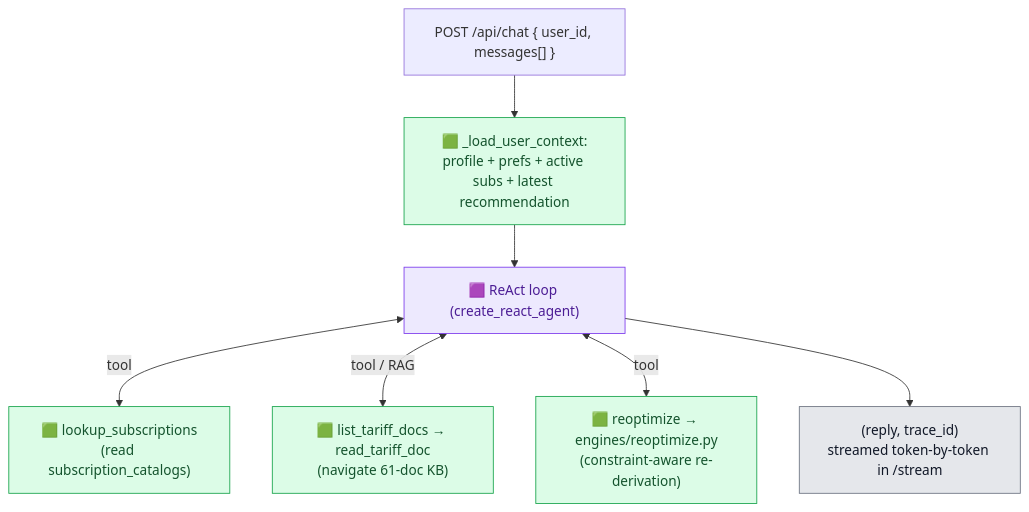
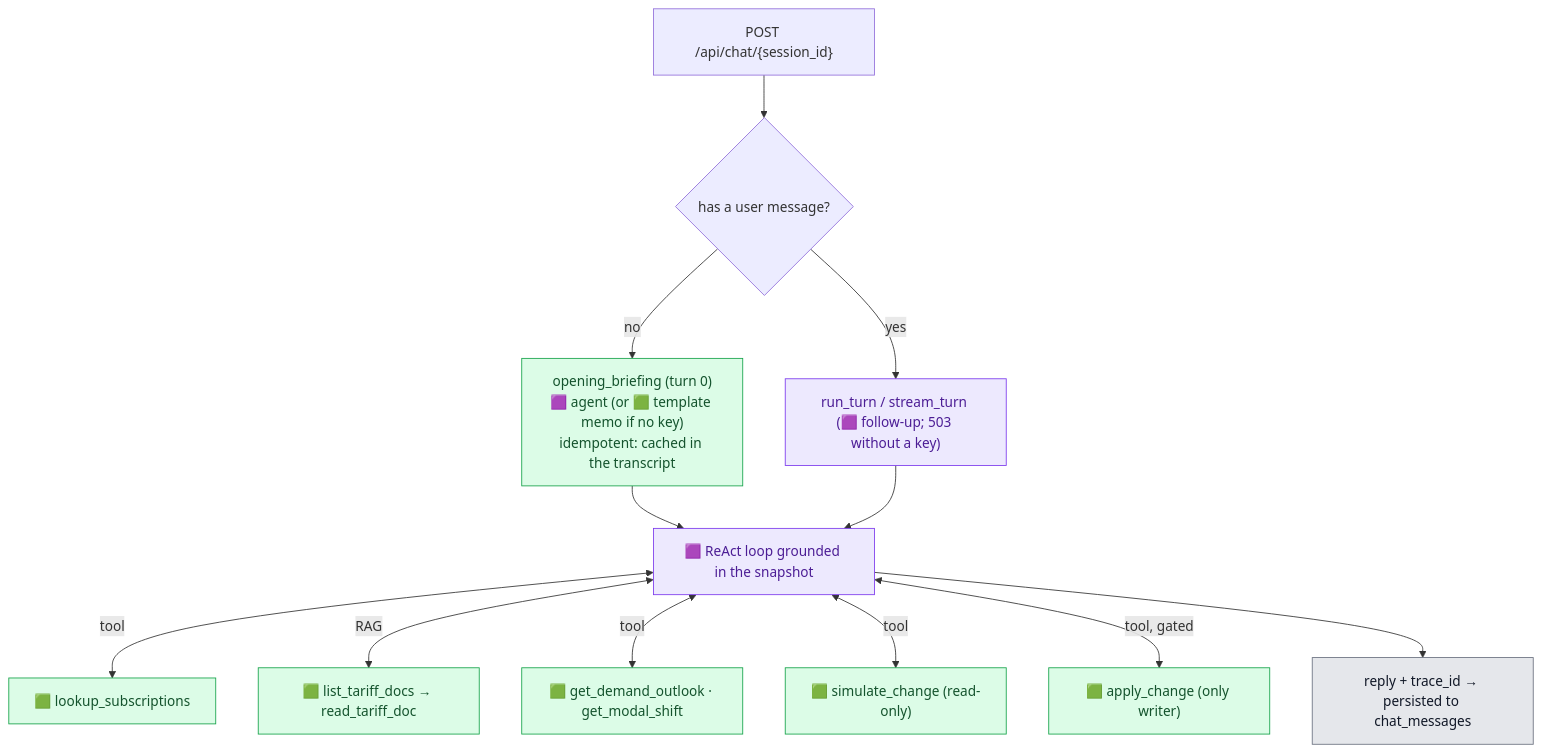
One commit to tjorgeo/AIIM_DB_mobility_advisior changed the seventh of 13 diagrams in DELIVERABLES/BACKEND_ARCHITECTURE_REPORT.md. Above: the diagram before and after it, drawn with Mermaid. The commit also changed other lines of this file and 2 other files, not shown here.

````diff
--- a/DELIVERABLES/BACKEND_ARCHITECTURE_REPORT.md
+++ b/DELIVERABLES/BACKEND_ARCHITECTURE_REPORT.md
@@ -387,18 +271,21 @@
 ```mermaid
 flowchart TD
-    IN["POST /api/chat { user_id, messages[] }"] --> CTX["🟩 _load_user_context:<br/>profile + prefs + active subs + latest recommendation"]
-    CTX --> AGENT["🟪 ReAct loop (create_react_agent)"]
+    IN["POST /api/chat/{session_id}"] --> Q{"has a user message?"}
+    Q -->|no| B["opening_briefing (turn 0)<br/>🟪 agent (or 🟩 template memo if no key)<br/>idempotent: cached in the transcript"]
+    Q -->|yes| R["run_turn / stream_turn (🟪 follow-up; 503 without a key)"]
+    B & R --> AGENT["🟪 ReAct loop grounded in the snapshot"]
 
-    AGENT <-->|tool| T1["🟩 lookup_subscriptions<br/>(read subscription_catalogs)"]
-    AGENT <-->|tool / RAG| T2["🟩 list_tariff_docs → read_tariff_doc<br/>(navigate 61-doc KB)"]
-    AGENT <-->|tool| T3["🟩 reoptimize → engines/reoptimize.py<br/>(constraint-aware re-derivation)"]
-
-    AGENT --> REPLY["(reply, trace_id)<br/>streamed token-by-token in /stream"]
+    AGENT <-->|tool| T1["🟩 lookup_subscriptions"]
+    AGENT <-->|RAG| T2["🟩 list_tariff_docs → read_tariff_doc"]
+    AGENT <-->|tool| T3["🟩 get_demand_outlook · get_modal_shift"]
+    AGENT <-->|tool| T4["🟩 simulate_change (read-only)"]
+    AGENT <-->|tool, gated| T5["🟩 apply_change (only writer)"]
+    AGENT --> OUT["reply + trace_id → persisted to chat_messages"]
 
     classDef det fill:#dcfce7,stroke:#16a34a,color:#14532d;
     classDef agent fill:#ede9fe,stroke:#7c3aed,color:#4c1d95;
     classDef store fill:#e5e7eb,stroke:#6b7280,color:#111827;
-    class CTX,T1,T2,T3 det;
-    class AGENT agent;
-    class REPLY store;
+    class T1,T2,T3,T4,T5,B det;
+    class AGENT,R agent;
+    class OUT store;
 ```
````
